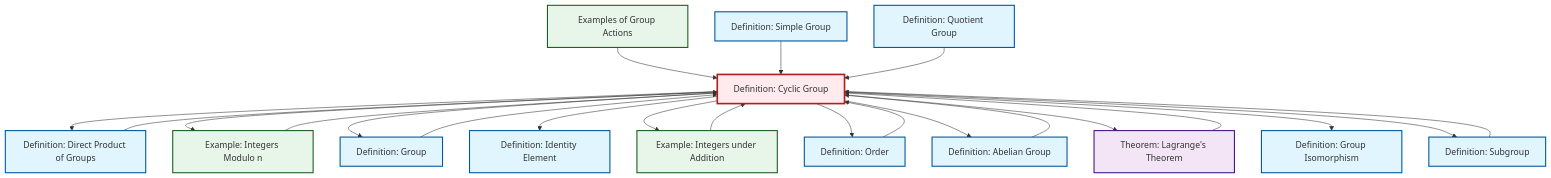
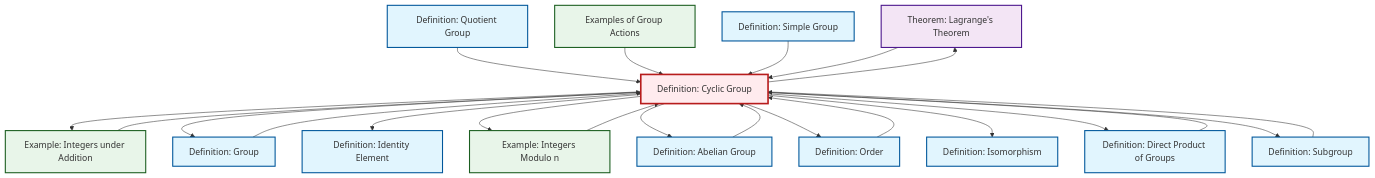
The diagram in content/en/algebra/def-cyclic-group.qmd (RK0429/ModernMath), drawn with Mermaid before and after one commit. The commit also changed 1069 other files, not shown here.

````diff
--- a/content/en/algebra/def-cyclic-group.qmd
+++ b/content/en/algebra/def-cyclic-group.qmd
@@ -101,58 +101,58 @@
 ```{mermaid}
 %%| fig-cap: "Local dependency graph"
 graph TD
     classDef definition fill:#e1f5fe,stroke:#01579b,stroke-width:2px
     classDef theorem fill:#f3e5f5,stroke:#4a148c,stroke-width:2px
     classDef axiom fill:#fff3e0,stroke:#e65100,stroke-width:2px
     classDef example fill:#e8f5e9,stroke:#1b5e20,stroke-width:2px
     classDef current fill:#ffebee,stroke:#b71c1c,stroke-width:3px
-    def-simple-group["Definition: Simple Group"]:::definition
+    thm-lagrange["Theorem: Lagrange's Theorem"]:::theorem
     def-cyclic-group["Definition: Cyclic Group"]:::definition
-    def-isomorphism["Definition: Group Isomorphism"]:::definition
+    def-isomorphism["Definition: Isomorphism"]:::definition
+    def-order["Definition: Order"]:::definition
+    def-direct-product["Definition: Direct Product of Groups"]:::definition
+    def-subgroup["Definition: Subgroup"]:::definition
     ex-integers-addition["Example: Integers under Addition"]:::example
-    def-group["Definition: Group"]:::definition
-    def-order["Definition: Order"]:::definition
-    thm-lagrange["Theorem: Lagrange's Theorem"]:::theorem
-    def-quotient-group["Definition: Quotient Group"]:::definition
-    def-subgroup["Definition: Subgroup"]:::definition
-    def-direct-product["Definition: Direct Product of Groups"]:::definition
+    ex-group-action-examples["Examples of Group Actions"]:::example
     def-identity-element["Definition: Identity Element"]:::definition
-    ex-group-action-examples["Examples of Group Actions"]:::example
     def-abelian-group["Definition: Abelian Group"]:::definition
     ex-quotient-integers-mod-n["Example: Integers Modulo n"]:::example
-    def-cyclic-group --> def-direct-product
+    def-quotient-group["Definition: Quotient Group"]:::definition
+    def-simple-group["Definition: Simple Group"]:::definition
+    def-group["Definition: Group"]:::definition
+    def-subgroup --> def-cyclic-group
+    def-cyclic-group --> ex-integers-addition
+    def-cyclic-group --> def-group
+    def-cyclic-group --> thm-lagrange
+    def-direct-product --> def-cyclic-group
+    def-cyclic-group --> def-identity-element
+    def-cyclic-group --> ex-quotient-integers-mod-n
+    def-quotient-group --> def-cyclic-group
+    def-cyclic-group --> def-abelian-group
+    def-order --> def-cyclic-group
     def-group --> def-cyclic-group
     ex-group-action-examples --> def-cyclic-group
     ex-quotient-integers-mod-n --> def-cyclic-group
-    def-direct-product --> def-cyclic-group
-    def-cyclic-group --> ex-quotient-integers-mod-n
-    def-subgroup --> def-cyclic-group
-    def-cyclic-group --> def-group
-    def-cyclic-group --> def-identity-element
-    def-cyclic-group --> ex-integers-addition
+    def-abelian-group --> def-cyclic-group
     def-cyclic-group --> def-order
-    def-abelian-group --> def-cyclic-group
-    def-cyclic-group --> def-abelian-group
+    ex-integers-addition --> def-cyclic-group
+    def-cyclic-group --> def-isomorphism
     def-simple-group --> def-cyclic-group
-    def-cyclic-group --> thm-lagrange
-    ex-integers-addition --> def-cyclic-group
-    def-quotient-group --> def-cyclic-group
     thm-lagrange --> def-cyclic-group
-    def-cyclic-group --> def-isomorphism
+    def-cyclic-group --> def-direct-product
     def-cyclic-group --> def-subgroup
-    def-order --> def-cyclic-group
     class def-cyclic-group current
-    click def-simple-group "def-simple-group.html" "Go to Simple Group definition"
-    click def-isomorphism "def-isomorphism.html" "Go to Group Isomorphism definition"
+    click thm-lagrange "thm-lagrange.html" "Go to Lagrange's Theorem theorem"
+    click def-isomorphism "def-isomorphism.html" "Go to Isomorphism definition"
+    click def-order "def-order.html" "Go to Order definition"
+    click def-direct-product "def-direct-product.html" "Go to Direct Product of Groups definition"
+    click def-subgroup "def-subgroup.html" "Go to Subgroup definition"
     click ex-integers-addition "ex-integers-addition.html" "Go to Integers under Addition example"
-    click def-group "def-group.html" "Go to Group definition"
-    click def-order "def-order.html" "Go to Order definition"
-    click thm-lagrange "thm-lagrange.html" "Go to Lagrange's Theorem theorem"
-    click def-quotient-group "def-quotient-group.html" "Go to Quotient Group definition"
-    click def-subgroup "def-subgroup.html" "Go to Subgroup definition"
-    click def-direct-product "def-direct-product.html" "Go to Direct Product of Groups definition"
+    click ex-group-action-examples "ex-group-action-examples.html" "Go to Examples of Group Actions"
     click def-identity-element "def-identity-element.html" "Go to Identity Element definition"
-    click ex-group-action-examples "ex-group-action-examples.html" "Go to Examples of Group Actions"
     click def-abelian-group "def-abelian-group.html" "Go to Abelian Group definition"
     click ex-quotient-integers-mod-n "ex-quotient-integers-mod-n.html" "Go to Integers Modulo n example"
+    click def-quotient-group "def-quotient-group.html" "Go to Quotient Group definition"
+    click def-simple-group "def-simple-group.html" "Go to Simple Group definition"
+    click def-group "def-group.html" "Go to Group definition"
 ```
````
